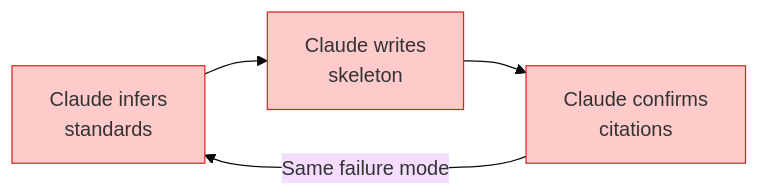
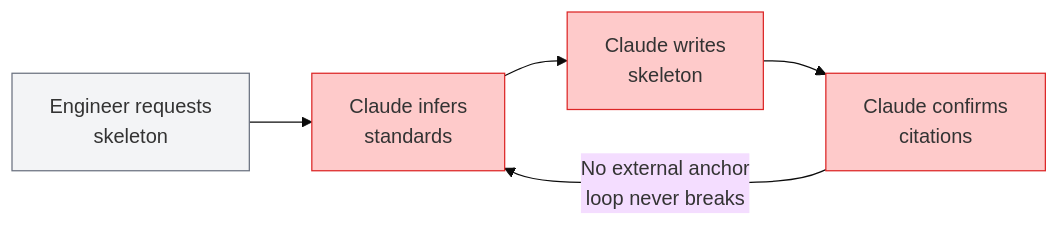
One commit to redmarklogic/redline changed the first of 2 diagrams in docs/adr/adr-007-standards-registry-determinism.md. Above: the diagram before and after it, drawn with Mermaid (base theme). The commit also changed other lines of this file, not shown here.

````diff
--- a/docs/adr/adr-007-standards-registry-determinism.md
+++ b/docs/adr/adr-007-standards-registry-determinism.md
@@ -53,9 +53,11 @@
 ```mermaid
 flowchart LR
+    S[Engineer requests\nskeleton] --> A
     A[Claude infers\nstandards] --> B[Claude writes\nskeleton]
     B --> C[Claude confirms\ncitations]
-    C -->|Same failure mode| A
+    C -->|No external anchor\nloop never breaks| A
+    style S fill:#f3f4f6,stroke:#6b7280
     style A fill:#fecaca,stroke:#dc2626
     style B fill:#fecaca,stroke:#dc2626
     style C fill:#fecaca,stroke:#dc2626
 ```
````
